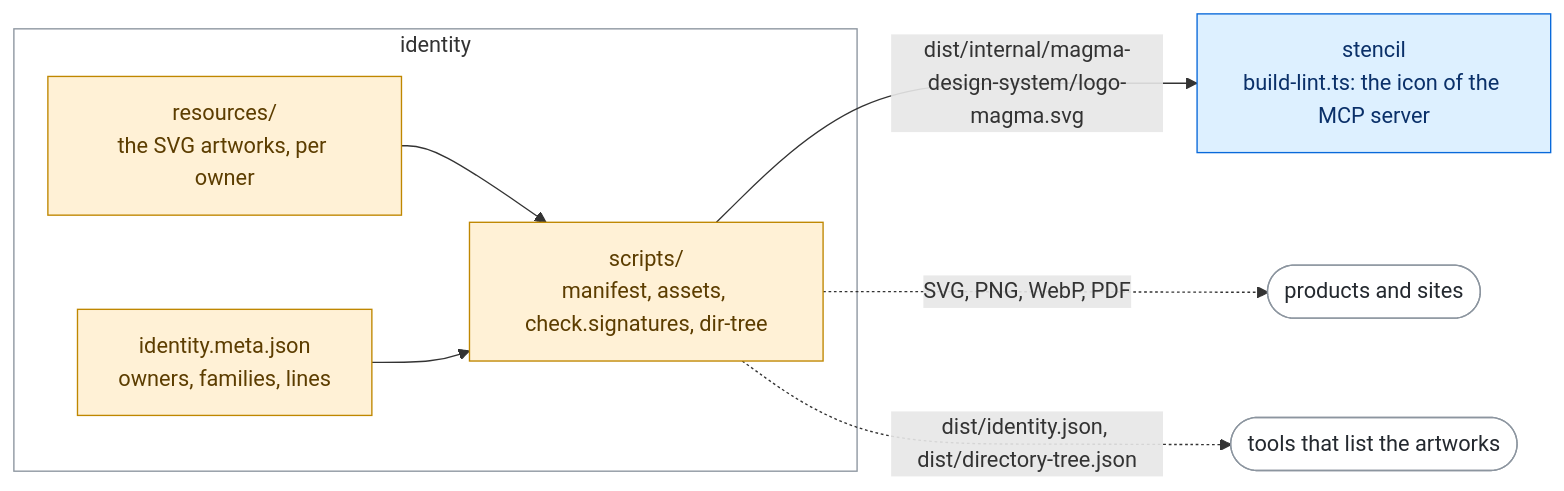
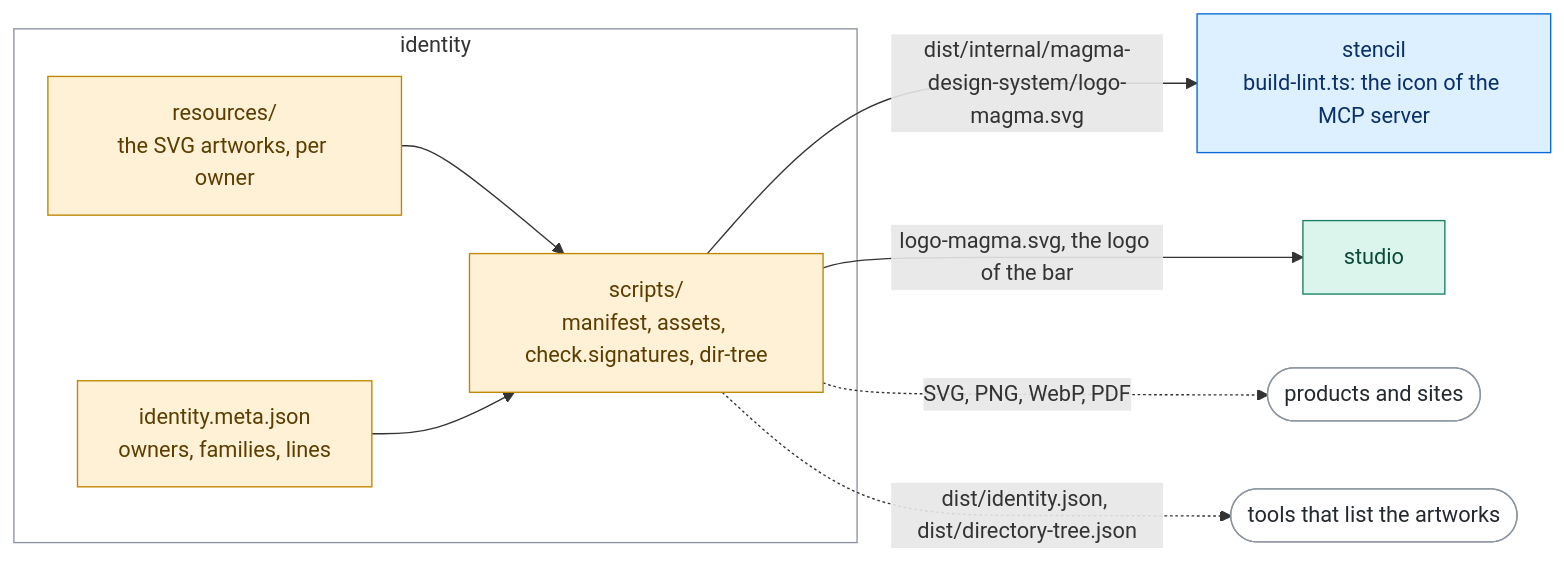
Before and after one commit to magma-design-system/magma: the diagram in projects/identity/README.md, drawn with Mermaid. The commit also changed 24 other files, not shown here.

First line of the commit message:
feat(studio): the shell of the studio, with Magma from the one installed

````diff
--- a/projects/identity/README.md
+++ b/projects/identity/README.md
@@ -17,24 +17,26 @@
 ```mermaid
 flowchart LR
   subgraph id["identity"]
     RES["resources/<br/>the SVG artworks, per owner"]
     META["identity.meta.json<br/>owners, families, lines"]
     BUILD["scripts/<br/>manifest, assets, check.signatures, dir-tree"]
     RES --> BUILD
     META --> BUILD
   end
   BUILD -->|"dist/internal/magma-design-system/logo-magma.svg"| WC["stencil<br/>build-lint.ts: the icon of the MCP server"]
+  BUILD -->|"logo-magma.svg, the logo of the bar"| STU["studio"]
   BUILD -.->|"SVG, PNG, WebP, PDF"| APP(["products and sites"])
   BUILD -.->|"dist/identity.json, dist/directory-tree.json"| TOOLS(["tools that list the artworks"])
   class RES,META,BUILD assets
+  class STU visual
   class WC components
   class APP,TOOLS outside
   class id area
   classDef ai fill:#efe5ff,stroke:#8250df,color:#3e1f79
   classDef assets fill:#fff1d6,stroke:#bf8700,color:#5c3d00
   classDef visual fill:#dcf5ec,stroke:#1a7f64,color:#0b4a3a
   classDef components fill:#ddf0ff,stroke:#0969da,color:#0a3069
   classDef tooling fill:#eceff3,stroke:#57606a,color:#24292f
   classDef outside fill:#ffffff,stroke:#8c959f,color:#24292f
   classDef area fill:none,stroke:#8c959f
 ```
````
